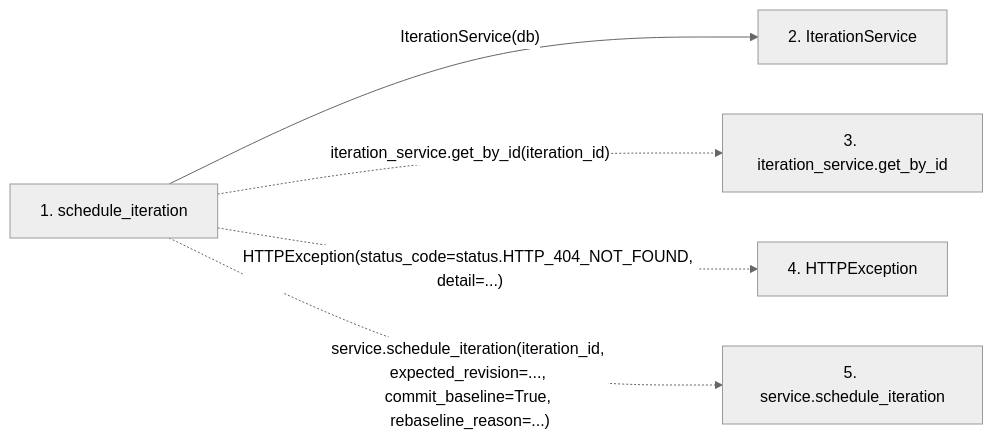
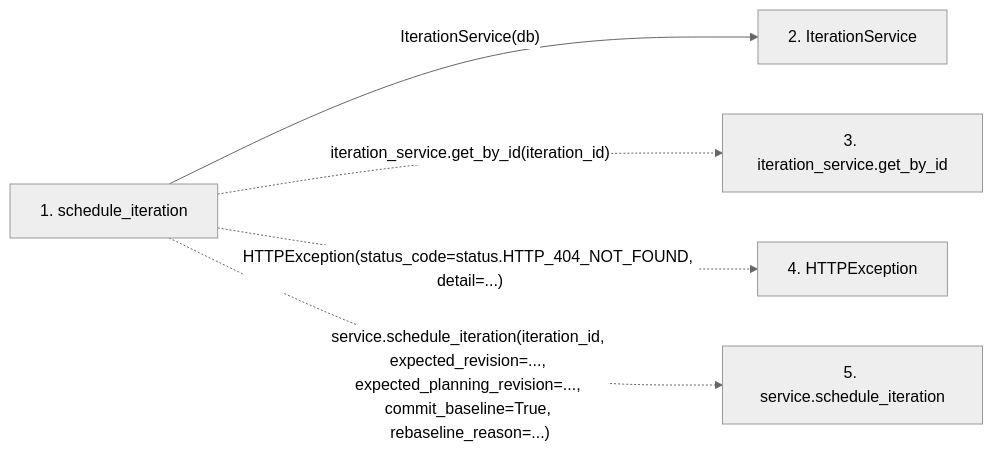
Before and after one commit to Denissvgn/WorkChord: the second of 2 diagrams in docs/llm_wiki/flows/http-schedule_iteration.md, drawn with Mermaid (neutral theme). The commit also changed other lines of this file and 1888 other files, not shown here.

````diff
--- a/docs/llm_wiki/flows/http-schedule_iteration.md
+++ b/docs/llm_wiki/flows/http-schedule_iteration.md
@@ -26,14 +26,14 @@
 ```mermaid
 flowchart LR
     s1["1. schedule_iteration"]
     s2["2. IterationService"]
     s3["3. iteration_service.get_by_id"]
     s4["4. HTTPException"]
     s5["5. service.schedule_iteration"]
     s1 -->|"IterationService(db)"| s2
     s1 -. "iteration_service.get_by_id(iteration_id)" .-> s3
     s1 -. "HTTPException(status_code=status.HTTP_404_NOT_FOUND, detail=...)" .-> s4
-    s1 -. "service.schedule_iteration(iteration_id, expected_revision=..., commit_baseline=True, rebaseline_reason=...)" .-> s5
+    s1 -. "service.schedule_iteration(iteration_id, expected_revision=..., expected_planning_revision=..., commit_baseline=True, rebaseline_reason=...)" .-> s5
     click s1 "../modules/routers_gantt.md"
     click s2 "../modules/iteration_service.md"
 ```
````
